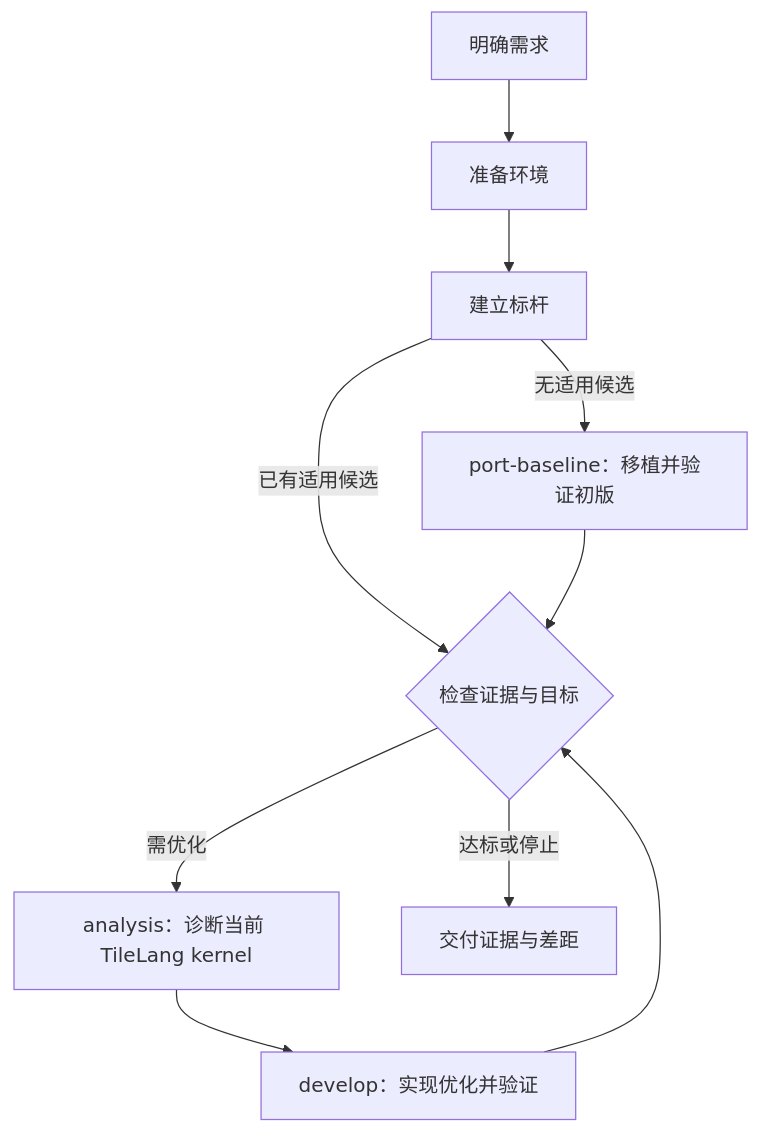
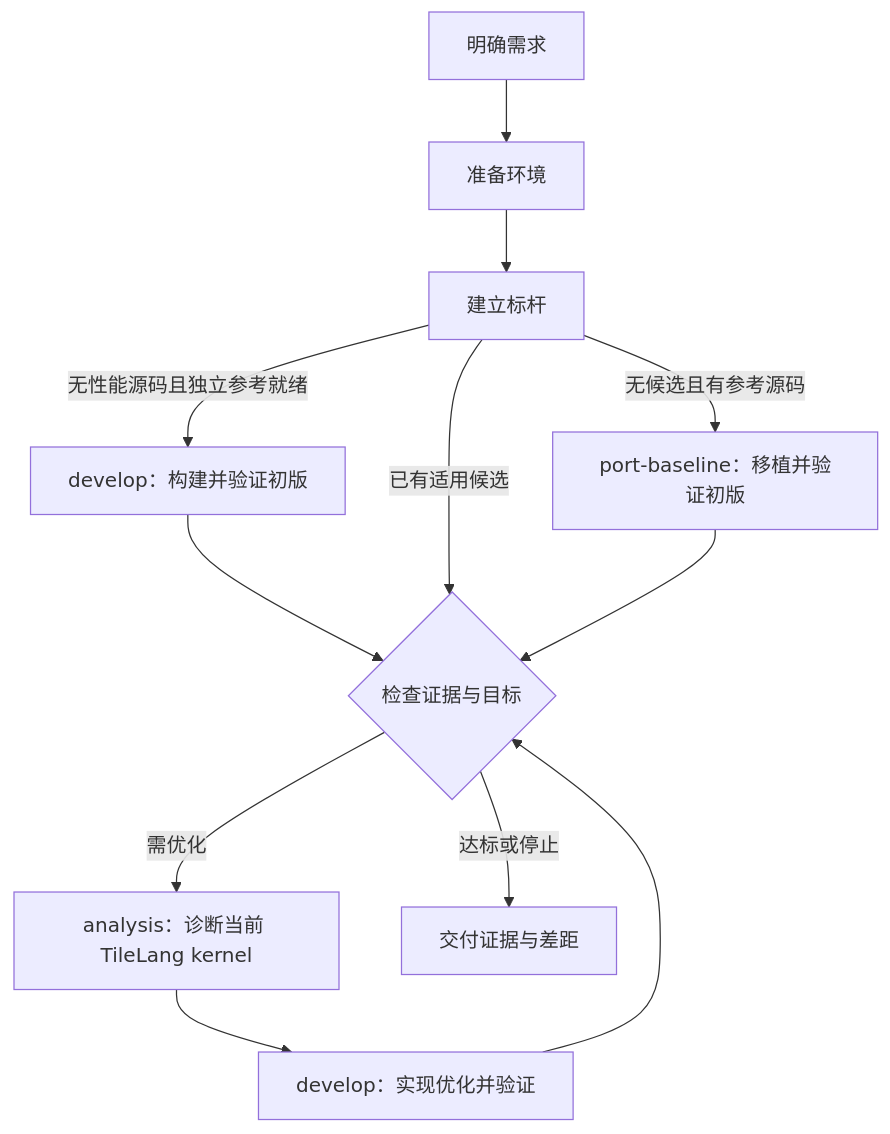
One commit to tile-ai/tilelang-mlir-ascend changed the diagram in README.md. Above: the diagram before and after it, drawn with Mermaid. The commit also changed other lines of this file and 37 other files, not shown here.

````diff
--- a/README.md
+++ b/README.md
@@ -39,12 +39,14 @@
 ```mermaid
 flowchart TD
     R[明确需求] --> E[准备环境]
     E --> B[建立标杆]
-    B -->|无适用候选| P[port-baseline：移植并验证初版]
+    B -->|无候选且有参考源码| P[port-baseline：移植并验证初版]
+    B -->|无性能源码且独立参考就绪| I[develop：构建并验证初版]
+    I --> C
     B -->|已有适用候选| C{检查证据与目标}
     P --> C
     C -->|需优化| A[analysis：诊断当前 TileLang kernel]
     A --> D[develop：实现优化并验证]
     D --> C
     C -->|达标或停止| O[交付证据与差距]
 ```
````
